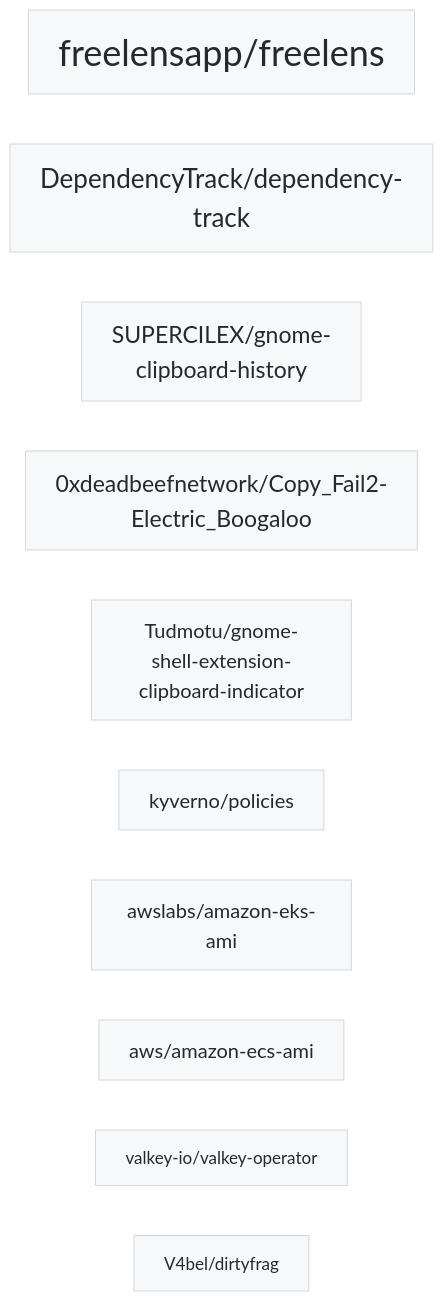
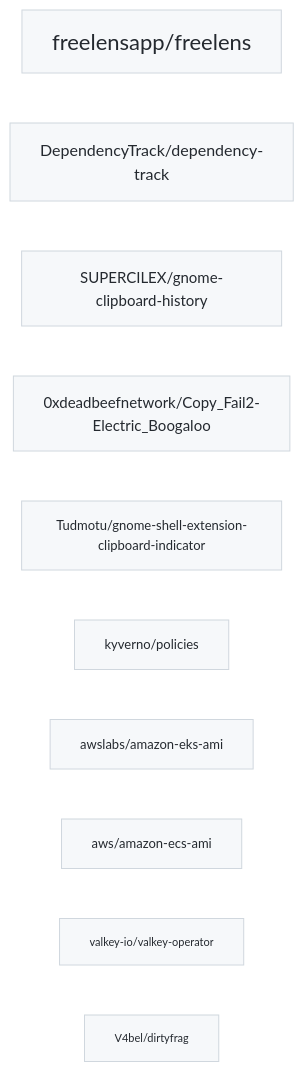
One commit to kappa8219/kappa8219 changed the diagram in README.md. Above: the diagram before and after it, drawn with Mermaid. The commit also changed 1 other file, not shown here.

Commit message:
Reduce Mermaid tag cloud default size

````diff
--- a/README.md
+++ b/README.md
@@ -4,24 +4,24 @@
 ```mermaid
 graph LR
   classDef tag fill:#f6f8fa,stroke:#d0d7de,color:#24292f;
   p1["freelensapp/freelens"]:::tag
-  style p1 font-size:36px
+  style p1 font-size:22px
   p2["DependencyTrack/dependency-track"]:::tag
-  style p2 font-size:26px
+  style p2 font-size:16px
   p3["SUPERCILEX/gnome-clipboard-history"]:::tag
-  style p3 font-size:23px
+  style p3 font-size:15px
   p4["0xdeadbeefnetwork/Copy_Fail2-Electric_Boogaloo"]:::tag
-  style p4 font-size:23px
+  style p4 font-size:15px
   p5["Tudmotu/gnome-shell-extension-clipboard-indicator"]:::tag
-  style p5 font-size:20px
+  style p5 font-size:13px
   p6["kyverno/policies"]:::tag
-  style p6 font-size:20px
+  style p6 font-size:13px
   p7["awslabs/amazon-eks-ami"]:::tag
-  style p7 font-size:20px
+  style p7 font-size:13px
   p8["aws/amazon-ecs-ami"]:::tag
-  style p8 font-size:20px
+  style p8 font-size:13px
   p9["valkey-io/valkey-operator"]:::tag
-  style p9 font-size:17px
+  style p9 font-size:11px
   p10["V4bel/dirtyfrag"]:::tag
-  style p10 font-size:17px
+  style p10 font-size:11px
 ```
````
